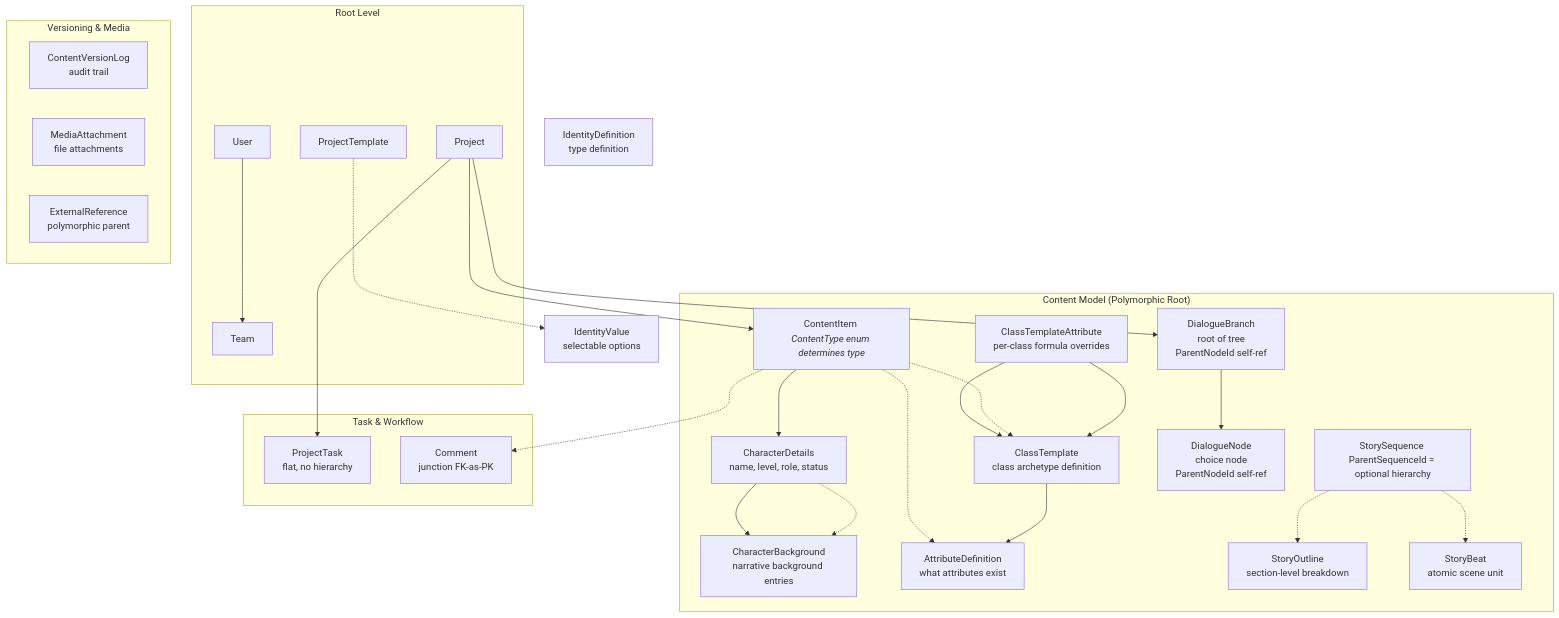
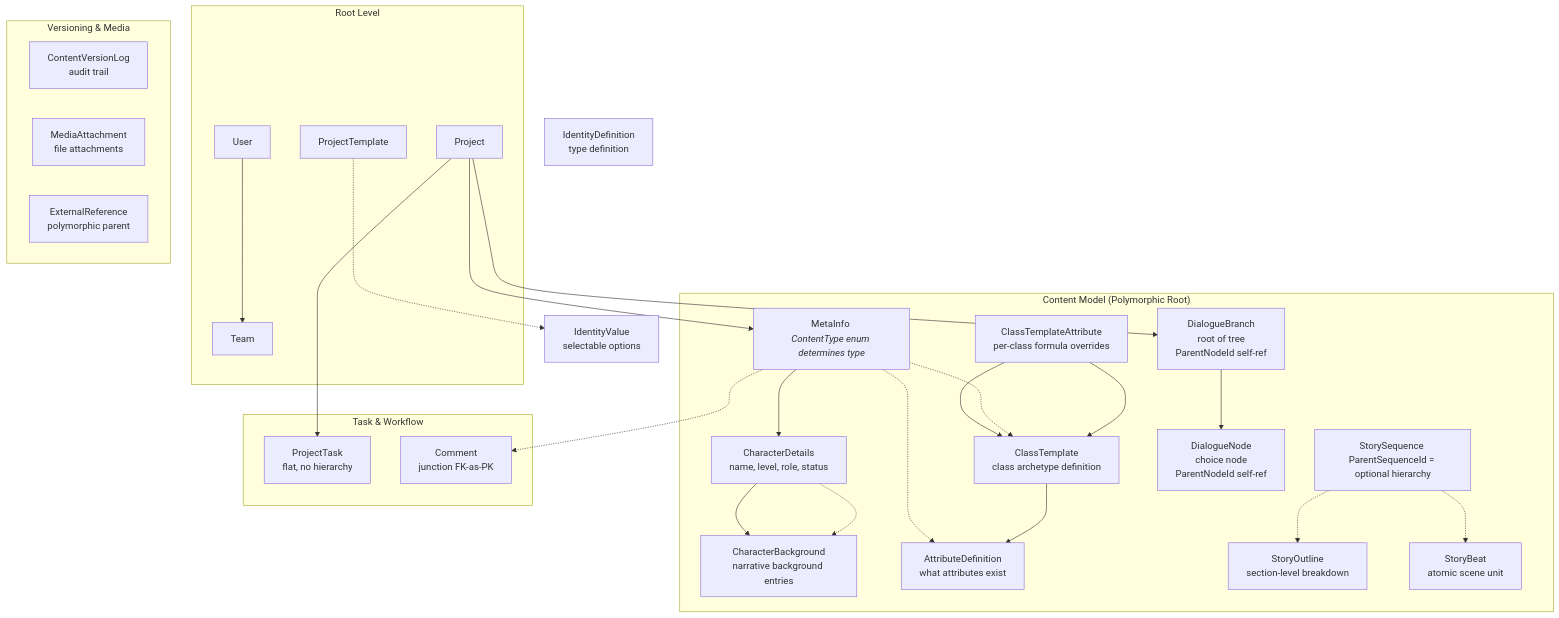
One commit to phinoox/Gadema changed the diagram in docs/GaDeMa Domain Model Hierarchy — Intent.md. Above: the diagram before and after it, drawn with Mermaid. The commit also changed other lines of this file and 62 other files, not shown here.

Commit message:
renamed ContentItem to MetaInfo to better reflect its purpose(and confuse the llm a little less)

````diff
--- a/docs/GaDeMa Domain Model Hierarchy — Intent.md
+++ b/docs/GaDeMa Domain Model Hierarchy — Intent.md
@@ -74,60 +74,60 @@
 ```mermaid
 graph TB
     subgraph "Root Level"
         P[Project]
         T[Team]
         U[User]
         TT[ProjectTemplate]
     end
     
     subgraph "Content Model (Polymorphic Root)"
-        C[ContentItem <br/><i>ContentType enum determines type</i>]
+        C[MetaInfo <br/><i>ContentType enum determines type</i>]
         
         CD[CharacterDetails<br/>name, level, role, status]
         CB[CharacterBackground<br/>narrative background entries]
         CD -.-> CB
         
         AT[AttributeDefinition<br/>what attributes exist]
         CT[ClassTemplate<br/>class archetype definition]
         CTA[ClassTemplateAttribute<br/>per-class formula overrides]
         CTA --> CT
         CT --> AT
         
         SL[StorySequence <br/>ParentSequenceId = optional hierarchy]
         SO[StoryOutline <br/>section-level breakdown]
         SB[StoryBeat <br/>atomic scene unit]
         
         DB[DialogueBranch<br/>root of tree<br/>ParentNodeId self-ref]
         DN[DialogueNode<br/>choice node<br/>ParentNodeId self-ref]
     end
     
     subgraph "Task & Workflow"
         PT[ProjectTask<br/>flat, no hierarchy]
         CM[Comment <br/>junction FK-as-PK]
     end
     
     subgraph "Versioning & Media"
         CVL[ContentVersionLog<br/>audit trail]
         MA[MediaAttachment<br/>file attachments]
         ER[ExternalReference<br/>polymorphic parent]
     end
     
     P --> C
     C --> CD
     CD --> CB
     C -.-> AT
     C -.-> CT
     CTA --> CT
     SL -.-> SO
     SL -.-> SB
     
     P --> DB
     DB --> DN
     
     P --> PT
     C -.-> CM
     
     U --> T
     TT -.-> IV[IdentityValue<br/>selectable options]
     ID[IdentityDefinition<br/>type definition]
 ```
````
